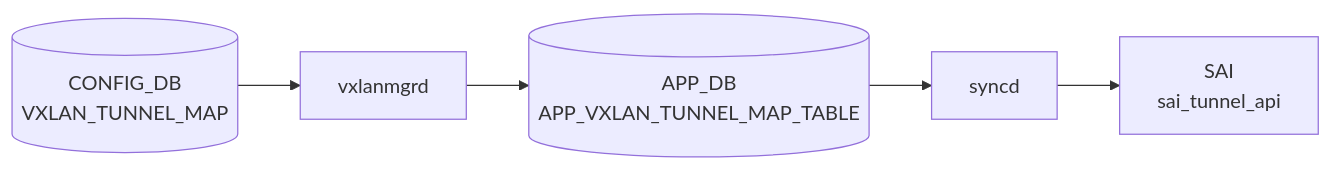
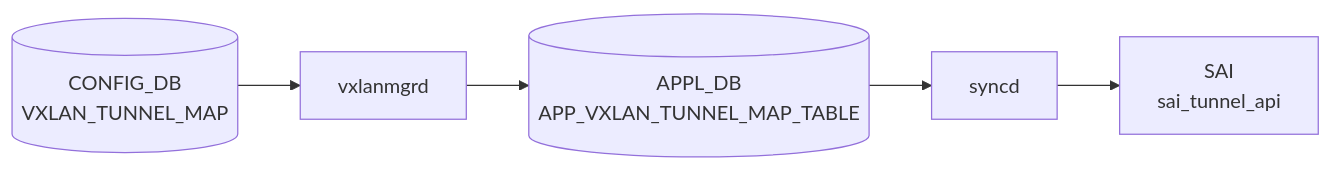
The diagram in docs/reference/config-db/vxlan-tunnel-map.md (aoki-taquan/sonic-unofficial-docs), drawn with Mermaid before and after one commit. The commit also changed 91 other files, not shown here.

First line of the commit message:
fix(review-067): APP_DB→APPL_DB in mermaid labels; exclude APPL_DB pages from auto-gen

````diff
--- a/docs/reference/config-db/vxlan-tunnel-map.md
+++ b/docs/reference/config-db/vxlan-tunnel-map.md
@@ -32,12 +32,12 @@
 ```mermaid
 flowchart LR
   CDB[("CONFIG_DB<br/>VXLAN_TUNNEL_MAP")]
   DM["vxlanmgrd"]
   CDB --> DM
-  APPDB[("APP_DB<br/>APP_VXLAN_TUNNEL_MAP_TABLE")]
+  APPDB[("APPL_DB<br/>APP_VXLAN_TUNNEL_MAP_TABLE")]
   DM --> APPDB
   SYNCD["syncd"]
   APPDB --> SYNCD
   SAI["SAI<br/>sai_tunnel_api"]
   SYNCD --> SAI
 ```
````
